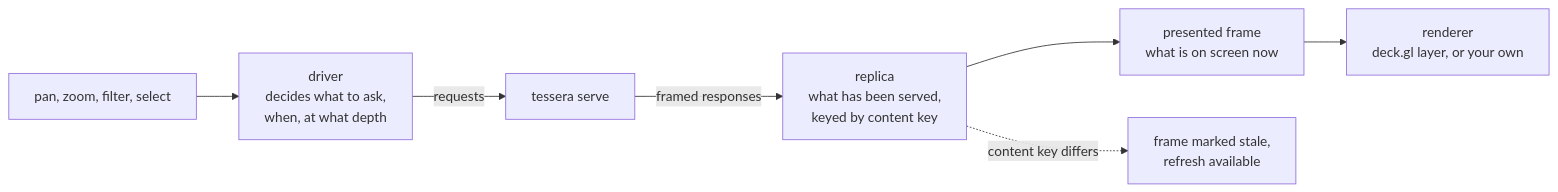
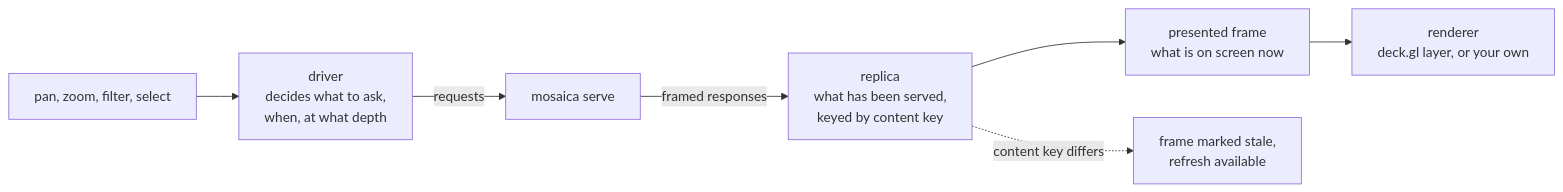
Before and after one commit to jennis0/tesseradb: the second of 4 diagrams in docs/system/clients.md, drawn with Mermaid. The commit also changed other lines of this file and 1179 other files, not shown here.

First line of the commit message:
Rename Tessera to Mosaica in contents

````diff
--- a/docs/system/clients.md
+++ b/docs/system/clients.md
@@ -157,9 +157,9 @@
 ```mermaid
 flowchart LR
   gesture["pan, zoom, filter, select"] --> driver["driver<br/>decides what to ask,<br/>when, at what depth"]
-  driver -- "requests" --> srv["tessera serve"]
+  driver -- "requests" --> srv["mosaica serve"]
   srv -- "framed responses" --> replica["replica<br/>what has been served,<br/>keyed by content key"]
   replica --> frame["presented frame<br/>what is on screen now"]
   frame --> render["renderer<br/>deck.gl layer, or your own"]
   replica -. "content key differs" .-> stale["frame marked stale,<br/>refresh available"]
 ```
````
